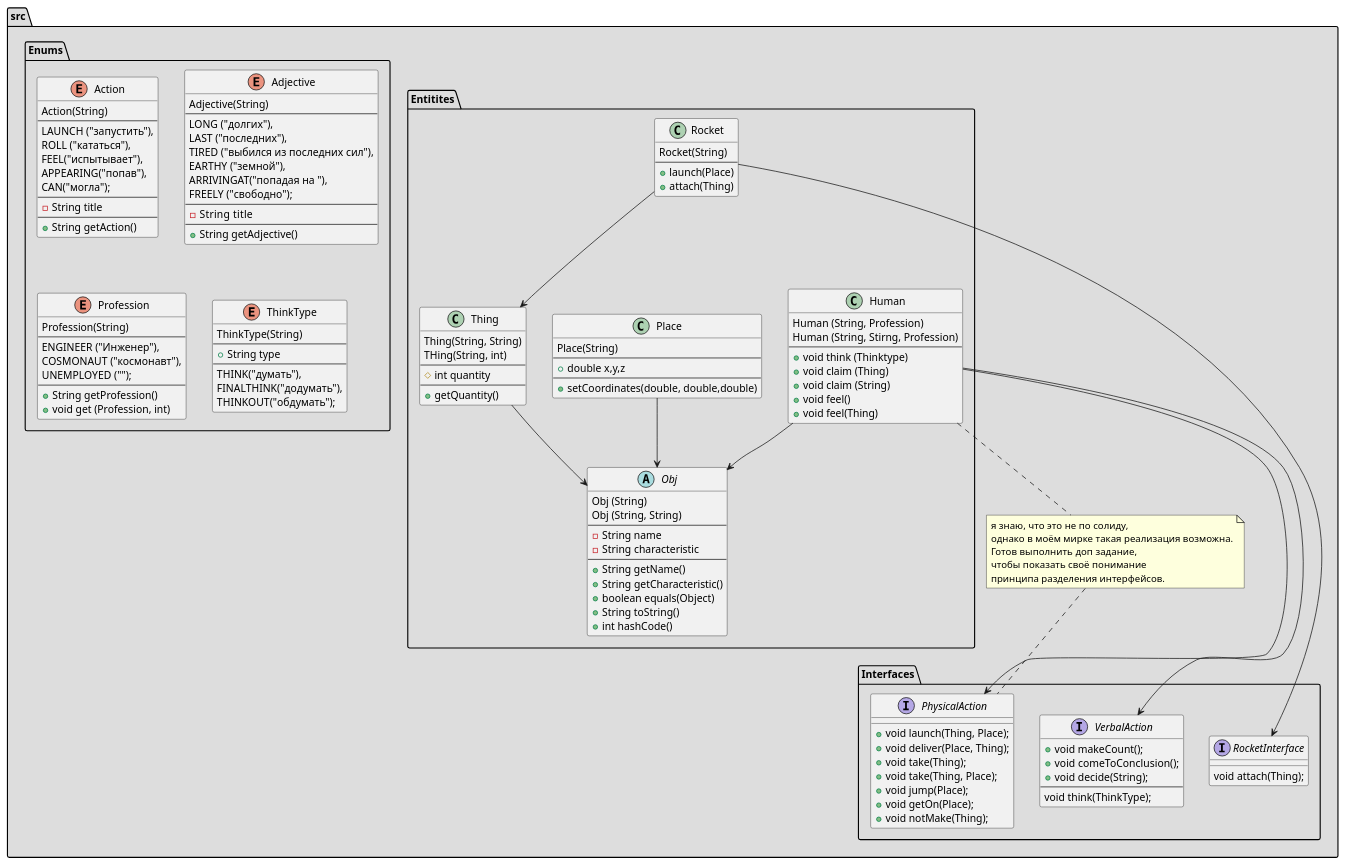
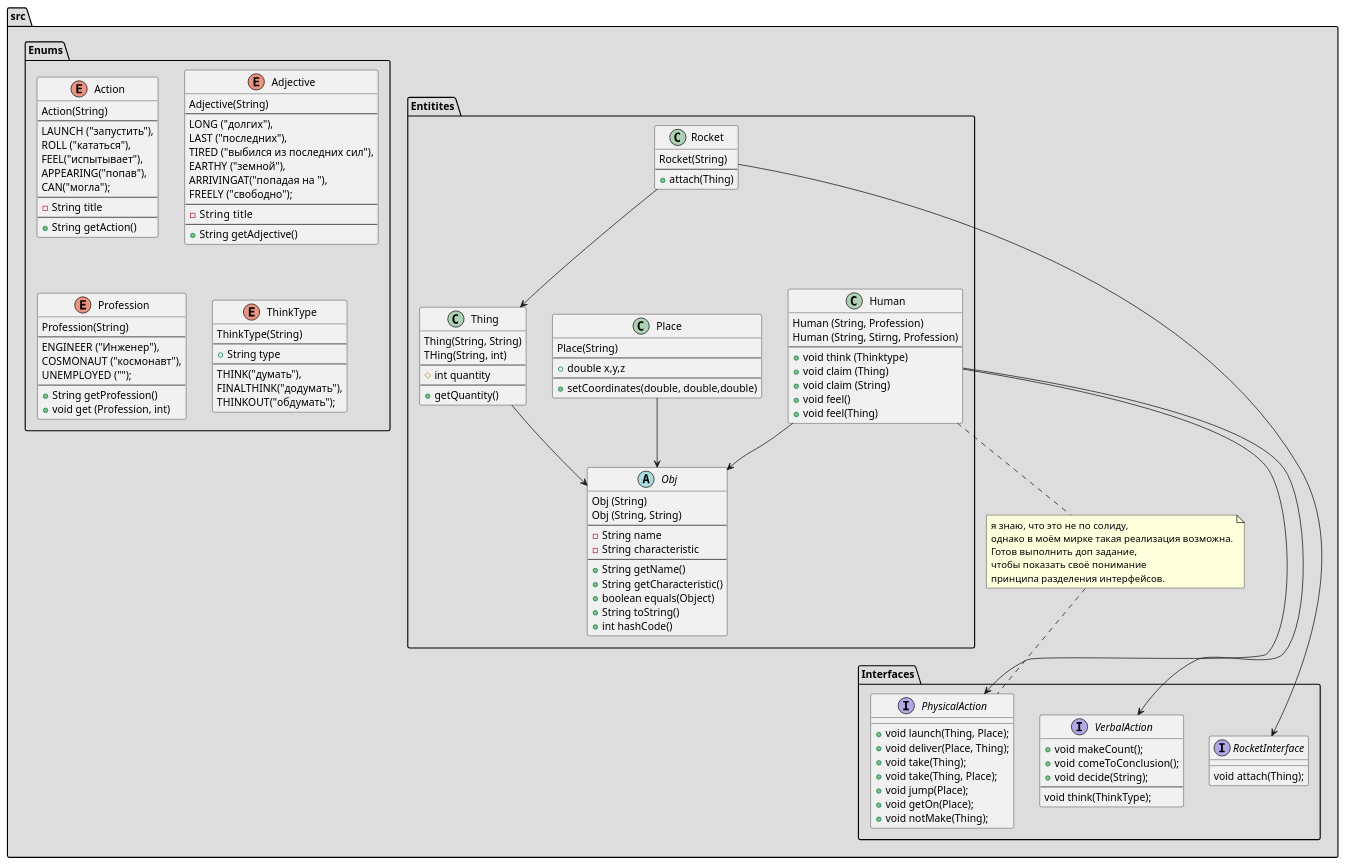
The diagram in Prog/lab3/UML/uml.md (fefumo/itmo), drawn with PlantUML before and after one commit. The commit also changed 4 other files, not shown here.

Commit message:
minor details + updated uml

```diff
--- a/Prog/lab3/UML/uml.md
+++ b/Prog/lab3/UML/uml.md
@@ -38,7 +38,6 @@
     class Rocket{
         Rocket(String)
         --
-        +launch(Place)
         +attach(Thing)
     }
     class Thing{
```
